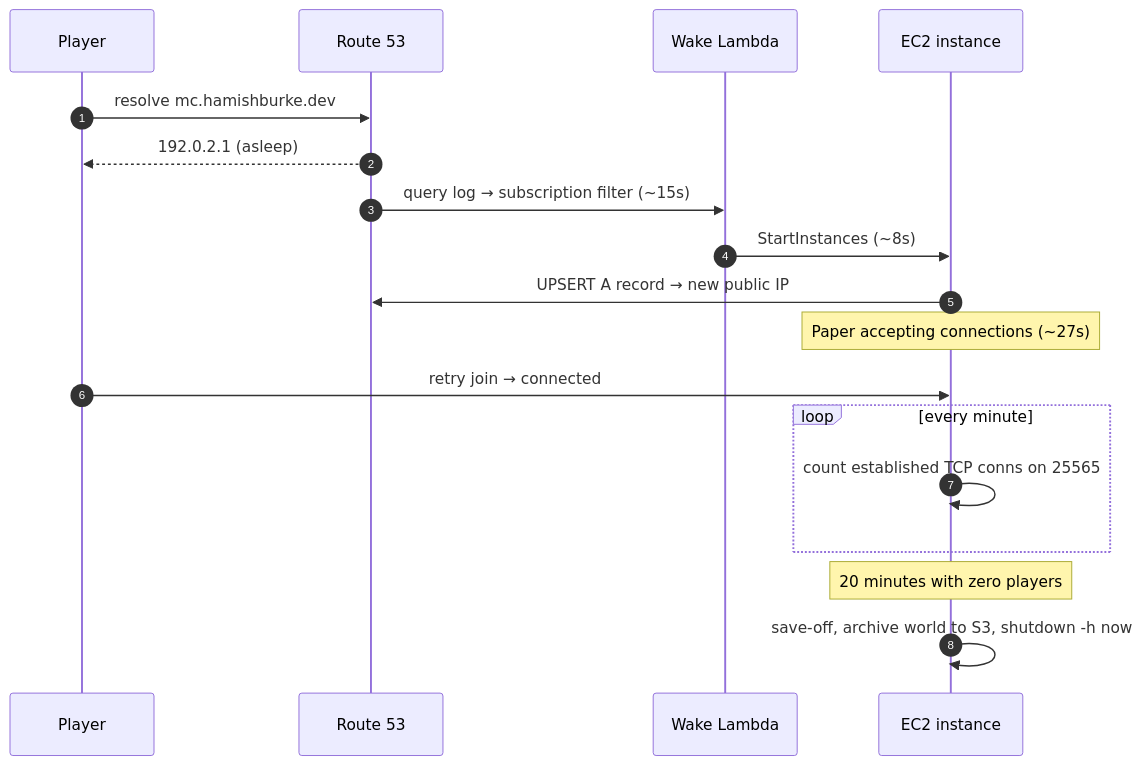
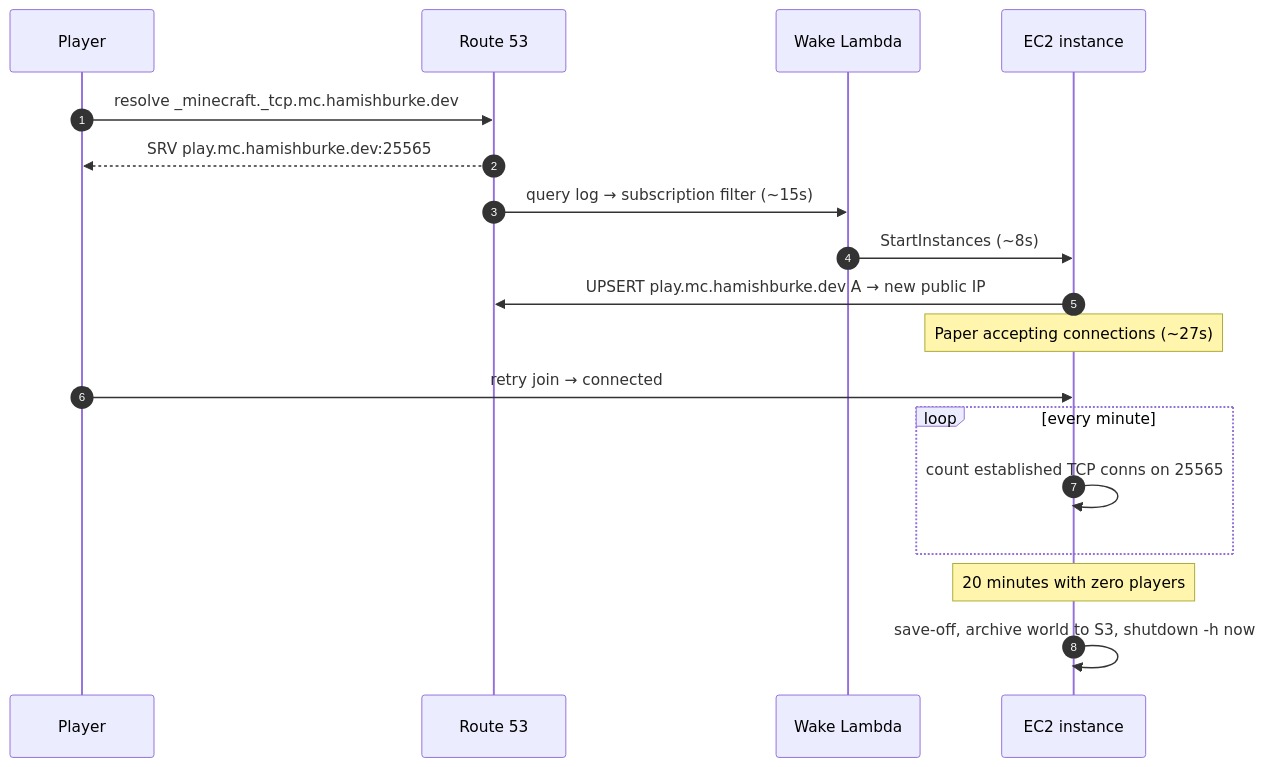
One commit to Slaymish/YayMinecraftServer changed the second of 2 diagrams in docs/architecture.md. Above: the diagram before and after it, drawn with Mermaid. The commit also changed other lines of this file and 11 other files, not shown here.

````diff
--- a/docs/architecture.md
+++ b/docs/architecture.md
@@ -22,22 +26,22 @@
 ```mermaid
 sequenceDiagram
     autonumber
     participant P as Player
     participant R as Route 53
     participant L as Wake Lambda
     participant E as EC2 instance
 
-    P->>R: resolve mc.hamishburke.dev
-    R-->>P: 192.0.2.1 (asleep)
+    P->>R: resolve _minecraft._tcp.mc.hamishburke.dev
+    R-->>P: SRV play.mc.hamishburke.dev:25565
     R->>L: query log → subscription filter (~15s)
     L->>E: StartInstances (~8s)
-    E->>R: UPSERT A record → new public IP
+    E->>R: UPSERT play.mc.hamishburke.dev A → new public IP
     Note over E: Paper accepting connections (~27s)
     P->>E: retry join → connected
 
     loop every minute
         E->>E: count established TCP conns on 25565
     end
     Note over E: 20 minutes with zero players
     E->>E: save-off, archive world to S3, shutdown -h now
 ```
````
